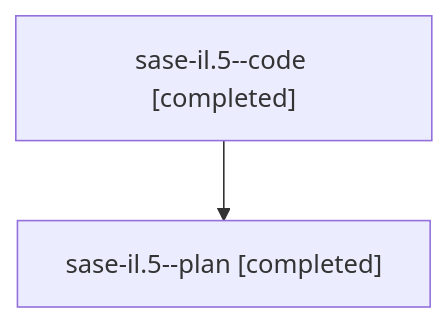
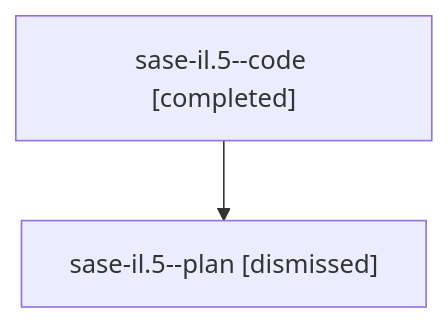
One commit to sase-org/sase--agents changed the diagram in families/bbugyi200.athena.sase-il.5.md. Above: the diagram before and after it, drawn with Mermaid. The commit also changed other lines of this file and 2170 other files, not shown here.

````diff
--- a/families/bbugyi200.athena.sase-il.5.md
+++ b/families/bbugyi200.athena.sase-il.5.md
@@ -9,6 +9,6 @@
 ```mermaid
 flowchart TD
   n0["sase-il.5--code [completed]"]
-  n1["sase-il.5--plan [completed]"]
+  n1["sase-il.5--plan [dismissed]"]
   n0 --> n1
 ```
````
